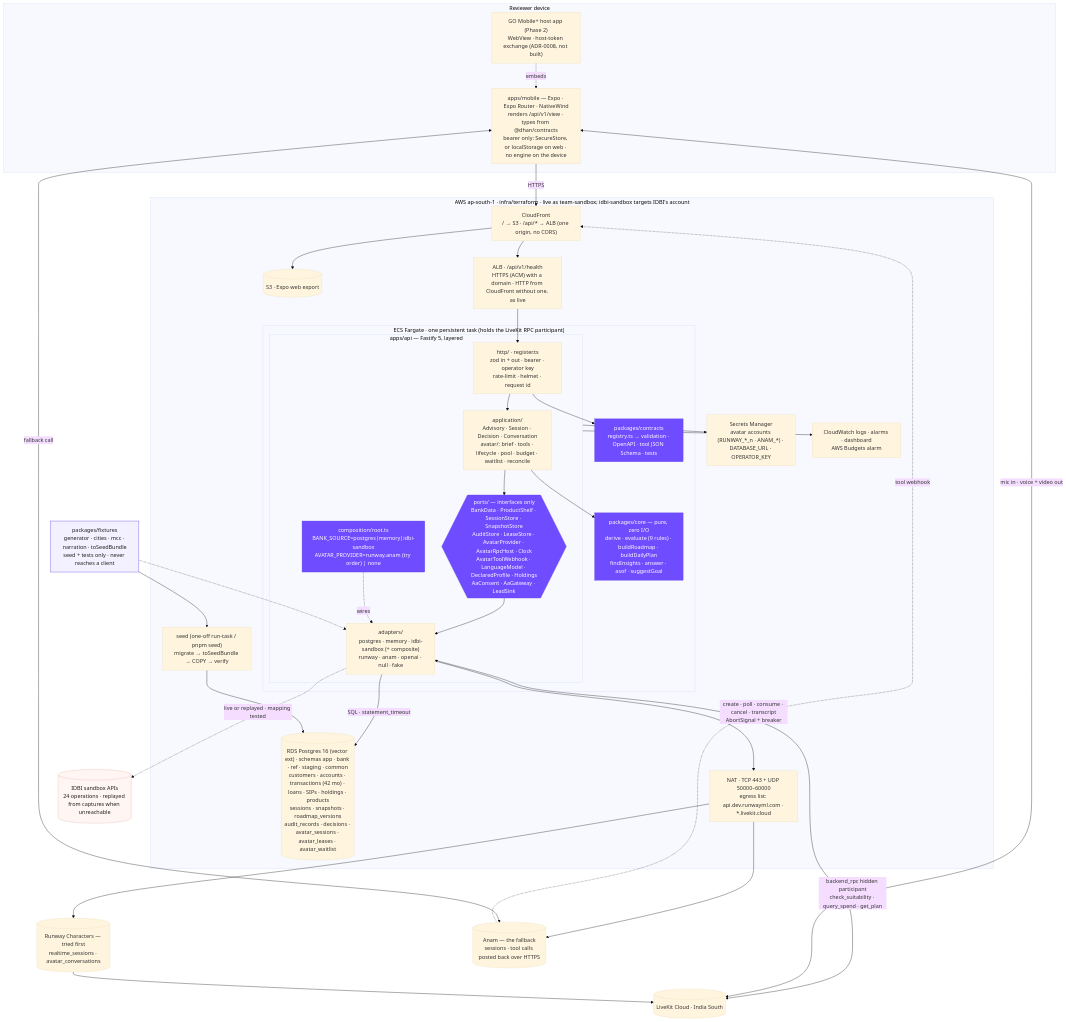
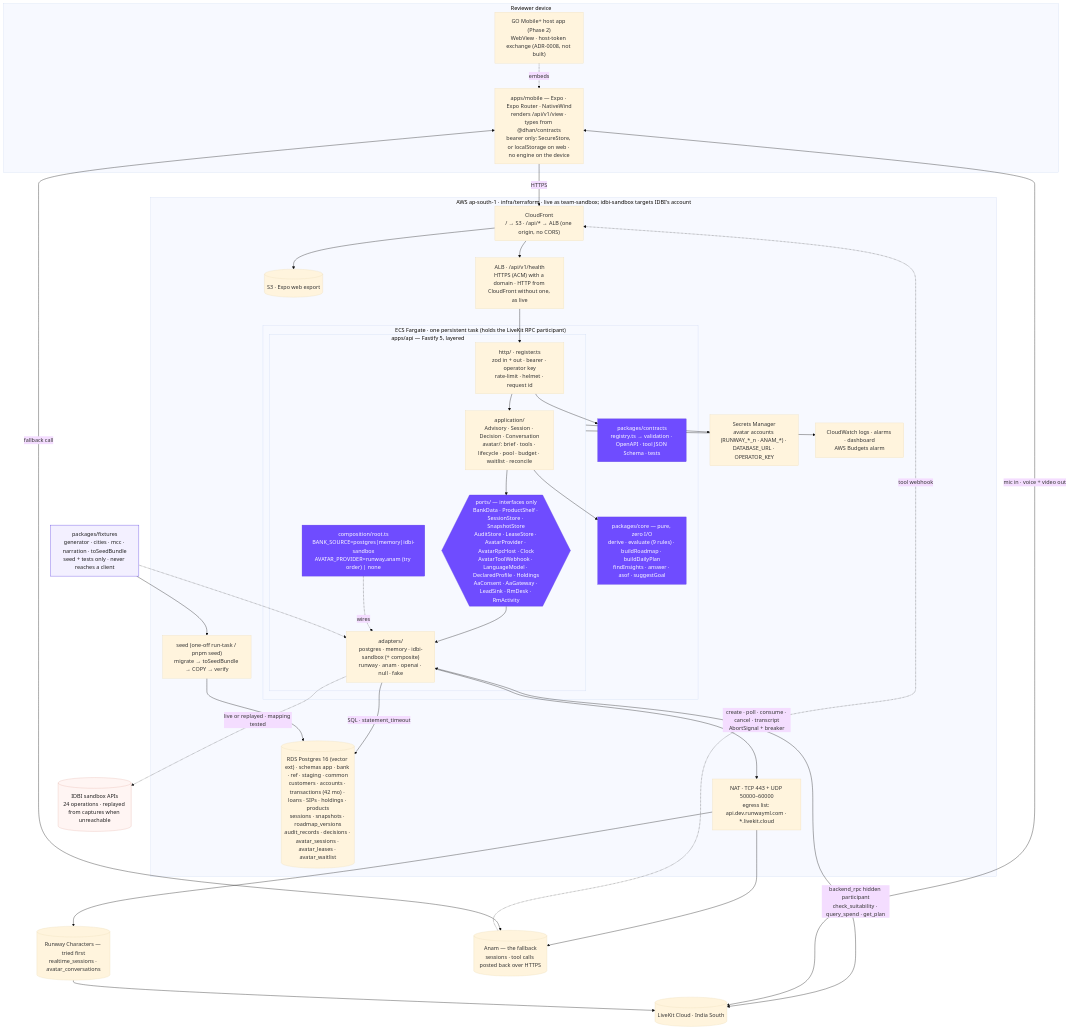
Before and after one commit to dhan-sarthi/dhan-sarthi: the diagram in docs/architecture/HLD.md, drawn with Mermaid (base theme). The commit also changed other lines of this file and 77 other files, not shown here.

````diff
--- a/docs/architecture/HLD.md
+++ b/docs/architecture/HLD.md
@@ -128,63 +128,63 @@
 ```mermaid
 flowchart TB
   subgraph device["Reviewer device"]
     HOST["GO Mobile+ host app (Phase 2)<br/>WebView · host-token exchange (ADR-0008, not built)"]
     WEB["apps/mobile — Expo · Expo Router · NativeWind<br/>renders /api/v1/view · types from @dhan/contracts<br/>bearer only: SecureStore, or localStorage on web · no engine on the device"]
     HOST -. embeds .-> WEB
   end
 
   subgraph aws["AWS ap-south-1 · infra/terraform · live as team-sandbox; idbi-sandbox targets IDBI's account"]
     CF["CloudFront<br/>/ → S3 · /api/* → ALB (one origin, no CORS)"]
     S3[("S3 · Expo web export")]
     ALB["ALB · /api/v1/health<br/>HTTPS (ACM) with a domain · HTTP from CloudFront without one, as live"]
     subgraph ecs["ECS Fargate · one persistent task (holds the LiveKit RPC participant)"]
       subgraph api["apps/api — Fastify 5, layered"]
         HTTP["http/ · register.ts<br/>zod in + out · bearer · operator key<br/>rate-limit · helmet · request id"]
         APP["application/<br/>Advisory · Session · Decision · Conversation<br/>avatar/: brief · tools · lifecycle · pool · budget · waitlist · reconcile"]
-        PORTS{{"ports/ — interfaces only<br/>BankData · ProductShelf · SessionStore · SnapshotStore<br/>AuditStore · LeaseStore · AvatarProvider · AvatarRpcHost · Clock<br/>AvatarToolWebhook · LanguageModel · DeclaredProfile · Holdings<br/>AaConsent · AaGateway · LeadSink"}}
+        PORTS{{"ports/ — interfaces only<br/>BankData · ProductShelf · SessionStore · SnapshotStore<br/>AuditStore · LeaseStore · AvatarProvider · AvatarRpcHost · Clock<br/>AvatarToolWebhook · LanguageModel · DeclaredProfile · Holdings<br/>AaConsent · AaGateway · LeadSink · RmDesk · RmActivity"}}
         ADP["adapters/<br/>postgres · memory · idbi-sandbox (+ composite)<br/>runway · anam · openai · null · fake"]
         ROOT["composition/root.ts<br/>BANK_SOURCE=postgres|memory|idbi-sandbox<br/>AVATAR_PROVIDER=runway,anam (try order) | none"]
       end
       CORE["packages/core — pure, zero I/O<br/>derive · evaluate (9 rules) · buildRoadmap · buildDailyPlan<br/>findInsights · answer · asof · suggestGoal"]
       CON["packages/contracts<br/>registry.ts → validation · OpenAPI · tool JSON Schema · tests"]
     end
     SEED["seed (one-off run-task / pnpm seed)<br/>migrate → toSeedBundle → COPY → verify"]
     RDS[("RDS Postgres 16 (vector ext) · schemas app · bank · ref · staging · common<br/>customers · accounts · transactions (42 mo) · loans · SIPs · holdings · products<br/>sessions · snapshots · roadmap_versions<br/>audit_records · decisions · avatar_sessions · avatar_leases · avatar_waitlist")]
     SM["Secrets Manager<br/>avatar accounts (RUNWAY_*_n · ANAM_*) · DATABASE_URL · OPERATOR_KEY"]
     CW["CloudWatch logs · alarms · dashboard<br/>AWS Budgets alarm"]
     NAT["NAT · TCP 443 + UDP 50000–60000<br/>egress list: api.dev.runwayml.com · *.livekit.cloud"]
   end
 
   RUNWAY[("Runway Characters — tried first<br/>realtime_sessions · avatar_conversations")]
   ANAM[("Anam — the fallback<br/>sessions · tool calls posted back over HTTPS")]
   LK[("LiveKit Cloud · India South")]
   FIX["packages/fixtures<br/>generator · cities · mcc · narration · toSeedBundle<br/>seed + tests only · never reaches a client"]
   IDBI[("IDBI sandbox APIs<br/>24 operations · replayed from captures when unreachable")]
 
   WEB -->|HTTPS| CF
   CF --> S3
   CF --> ALB --> HTTP --> APP --> PORTS --> ADP
   APP --> CORE
   HTTP --> CON
   ROOT -. wires .-> ADP
   ADP -->|SQL · statement_timeout| RDS
   ADP -->|create · poll · consume · cancel · transcript<br/>AbortSignal + breaker| NAT --> RUNWAY
   ADP <-->|backend_rpc hidden participant<br/>check_suitability · query_spend · get_plan| LK
   WEB <-->|mic in · voice + video out| LK
   RUNWAY --> LK
   NAT --> ANAM
   ANAM -.->|tool webhook| CF
   WEB <-->|fallback call| ANAM
   ADP -.->|live or replayed · mapping tested| IDBI
   FIX --> SEED --> RDS
   FIX -.-> ADP
   api --> SM
   api --> CW
 
   style PORTS fill:#6f4cff,color:#fff,stroke:#5a3de0
   style CON fill:#6f4cff,color:#fff,stroke:#5a3de0
   style CORE fill:#6f4cff,color:#fff,stroke:#5a3de0
   style ROOT fill:#6f4cff,color:#fff,stroke:#5a3de0
   style IDBI fill:#fff5f3,color:#1f1f1f,stroke:#e6b8b0
   style FIX fill:#f3f0ff,color:#1f1f1f,stroke:#5a3de0
 ```
````
